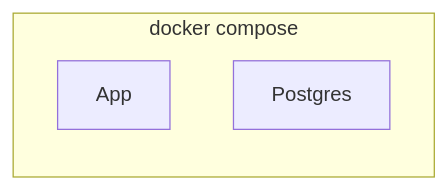
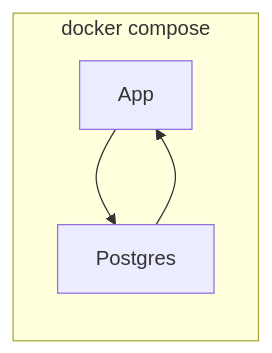
One commit to hsandmann/insper.cloud.projeto changed the fourth of 4 diagrams in README.md. Above: the diagram before and after it, drawn with Mermaid. The commit also changed 2 other files, not shown here.

Commit message:
first version

````diff
--- a/README.md
+++ b/README.md
@@ -52,8 +52,8 @@
 ```mermaid
 flowchart LR
   subgraph docker compose
     direction TB
-    App
-    Postgres
+    App --> Postgres
+    Postgres --> App
   end
 ```
````
